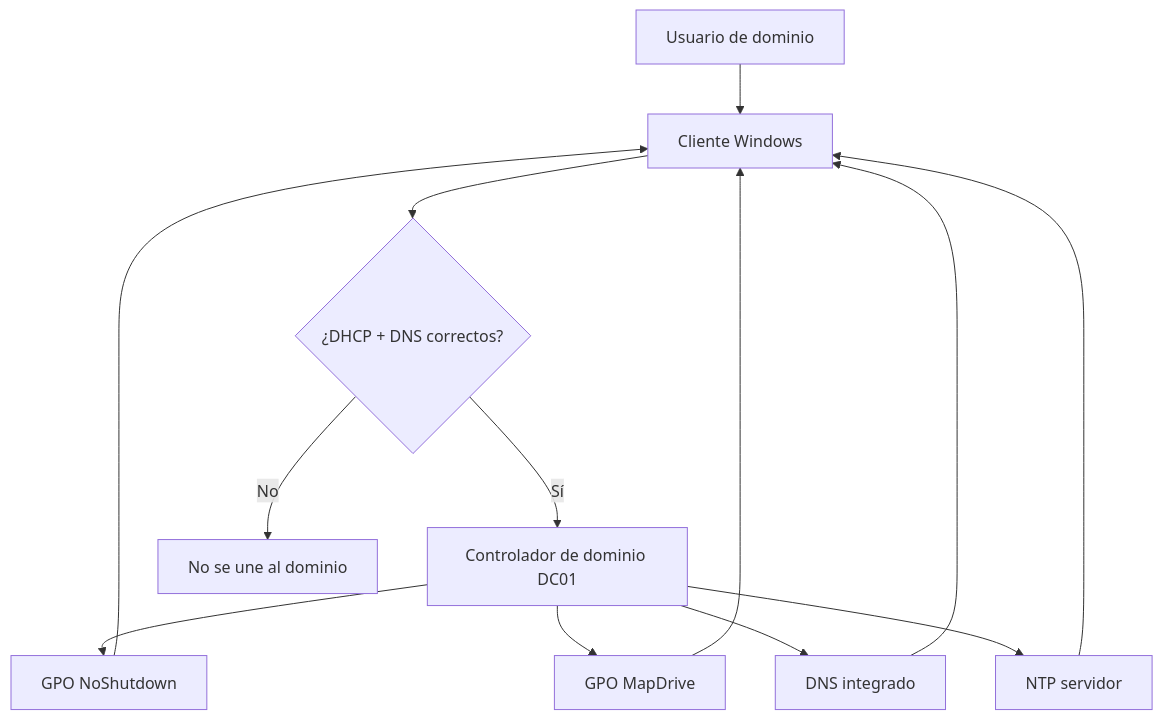
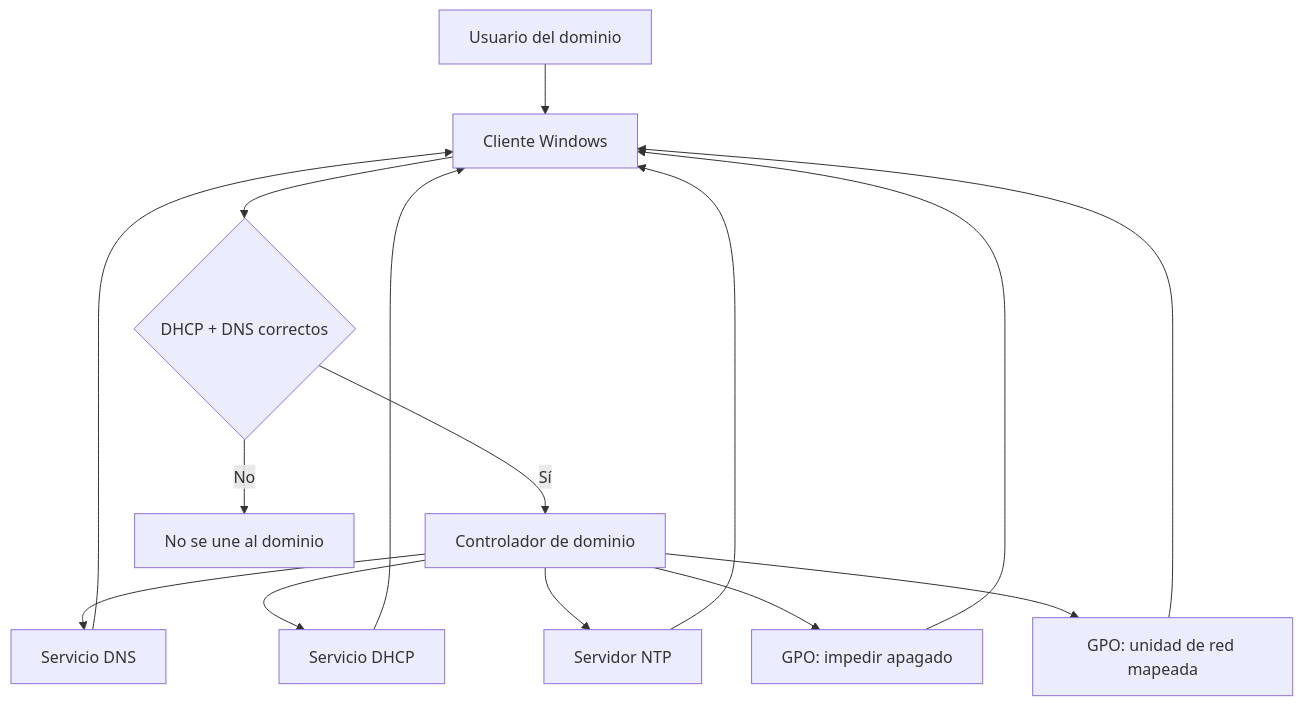
The second of 3 diagrams in grupo-dt-devops/documentacion/entrega-final-dt/MEMORIA_TECNICA_DT.md (alejandro-depazos-tena/Practica_ADS_solDevOps), drawn with Mermaid before and after one commit. The commit also changed other lines of this file and 5 other files, not shown here.

Commit message:
diagramas de arquitectura y arreglos varios

````diff
--- a/grupo-dt-devops/documentacion/entrega-final-dt/MEMORIA_TECNICA_DT.md
+++ b/grupo-dt-devops/documentacion/entrega-final-dt/MEMORIA_TECNICA_DT.md
@@ -70,15 +87,17 @@
 ```mermaid
 flowchart TB
-  U[Usuario de dominio] --> C[Cliente Windows]
-  C --> D{¿DHCP + DNS correctos?}
-  D -->|Sí| AD[Controlador de dominio DC01]
-  D -->|No| ERR[No se une al dominio]
-  AD --> GPO1[GPO NoShutdown]
-  AD --> GPO2[GPO MapDrive]
-  AD --> DNS[DNS integrado]
-  AD --> NTP[NTP servidor]
-  GPO1 --> C
-  GPO2 --> C
-  DNS --> C
-  NTP --> C
+  Usuario[Usuario del dominio] --> Cliente[Cliente Windows]
+  Cliente --> Validacion{DHCP + DNS correctos}
+  Validacion -->|Sí| AD[Controlador de dominio]
+  Validacion -->|No| Error[No se une al dominio]
+  AD --> DNS[Servicio DNS]
+  AD --> DHCP[Servicio DHCP]
+  AD --> NTP[Servidor NTP]
+  AD --> GPO1[GPO: impedir apagado]
+  AD --> GPO2[GPO: unidad de red mapeada]
+  DNS --> Cliente
+  DHCP --> Cliente
+  NTP --> Cliente
+  GPO1 --> Cliente
+  GPO2 --> Cliente
 ```
````
